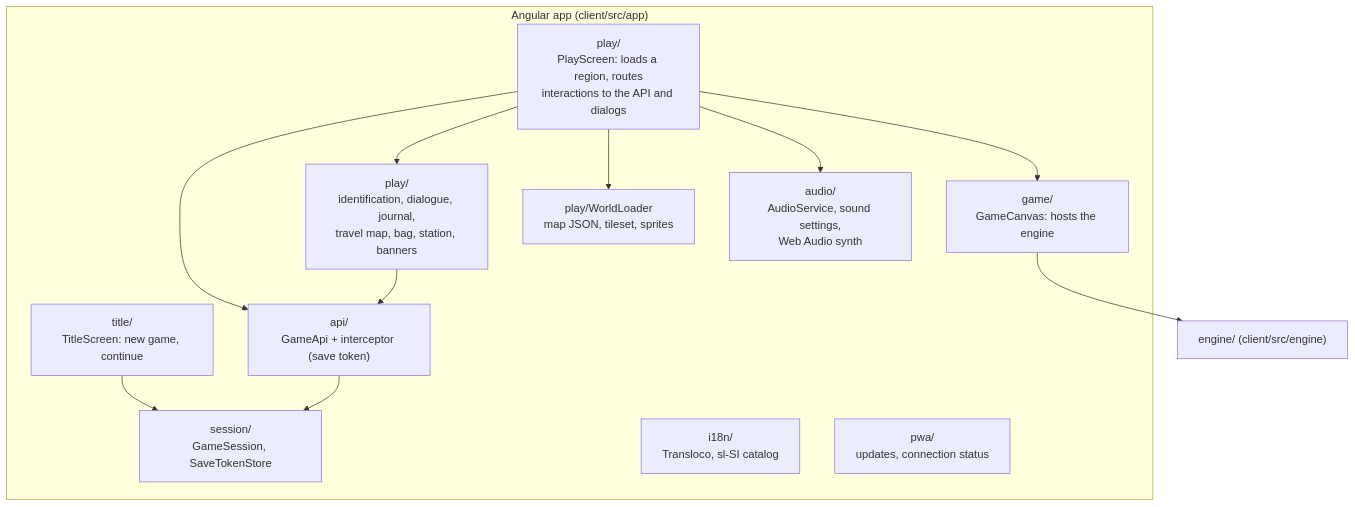
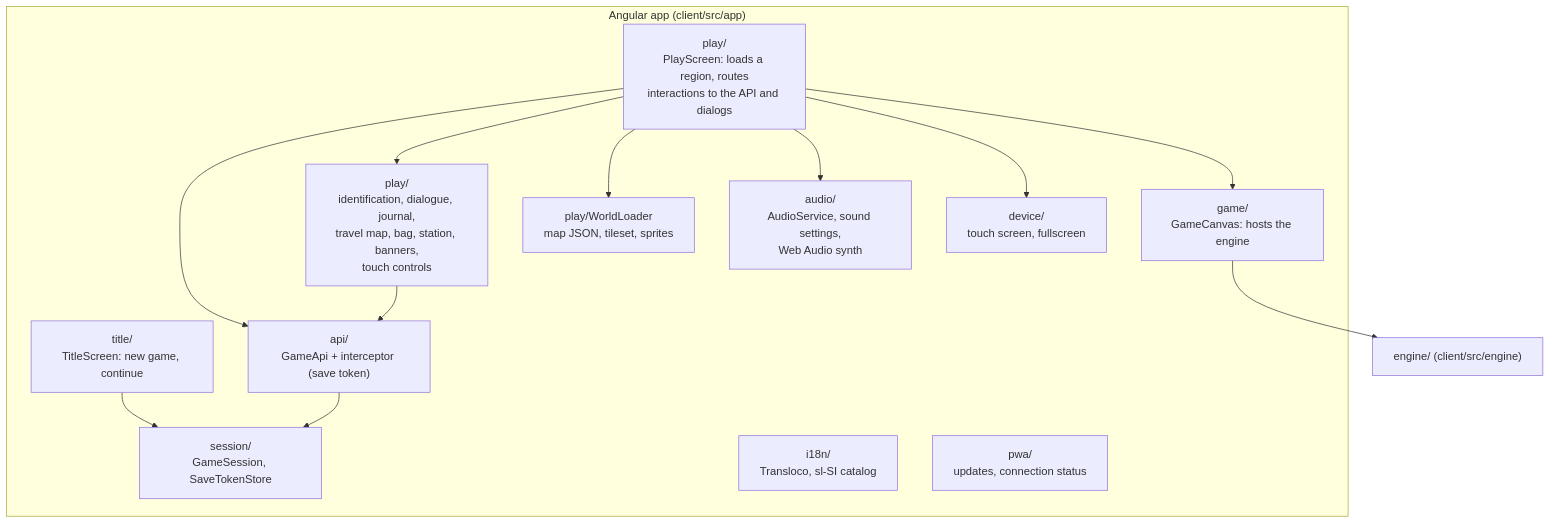
Before and after one commit to David-Letonja-CTG/Slovion: the third of 8 diagrams in docs/architecture.md, drawn with Mermaid. The commit also changed other lines of this file and 30 other files, not shown here.

First line of the commit message:
Add touch controls, a handheld layout and fullscreen

````diff
--- a/docs/architecture.md
+++ b/docs/architecture.md
@@ -101,26 +101,28 @@
 ```mermaid
 flowchart TB
   subgraph Angular["Angular app (client/src/app)"]
     Title["title/<br/>TitleScreen: new game, continue"]
     Play["play/<br/>PlayScreen: loads a region, routes<br/>interactions to the API and dialogs"]
-    Dialogs["play/<br/>identification, dialogue, journal,<br/>travel map, bag, station, banners"]
+    Dialogs["play/<br/>identification, dialogue, journal,<br/>travel map, bag, station, banners,<br/>touch controls"]
     Canvas["game/<br/>GameCanvas: hosts the engine"]
     Loader["play/WorldLoader<br/>map JSON, tileset, sprites"]
     Api["api/<br/>GameApi + interceptor (save token)"]
     Session["session/<br/>GameSession, SaveTokenStore"]
     I18n["i18n/<br/>Transloco, sl-SI catalog"]
     Pwa["pwa/<br/>updates, connection status"]
     Audio["audio/<br/>AudioService, sound settings,<br/>Web Audio synth"]
+    Device["device/<br/>touch screen, fullscreen"]
   end
   Engine["engine/ (client/src/engine)"]
 
   Title --> Session
   Play --> Api
   Play --> Loader
   Play --> Dialogs
   Play --> Canvas
   Play --> Audio
+  Play --> Device
   Canvas --> Engine
   Dialogs --> Api
   Api --> Session
 ```
````
